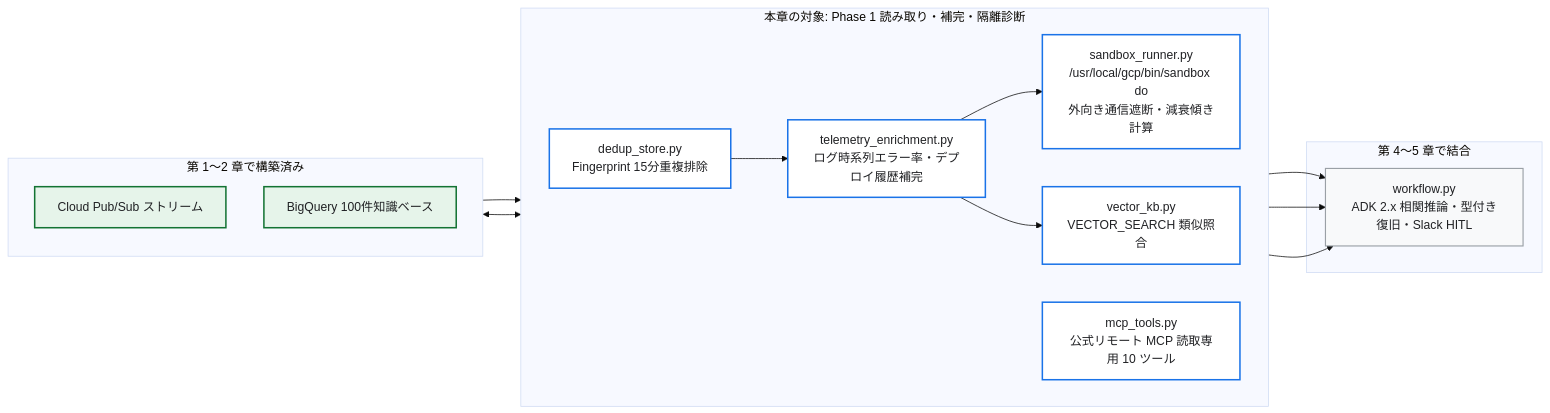
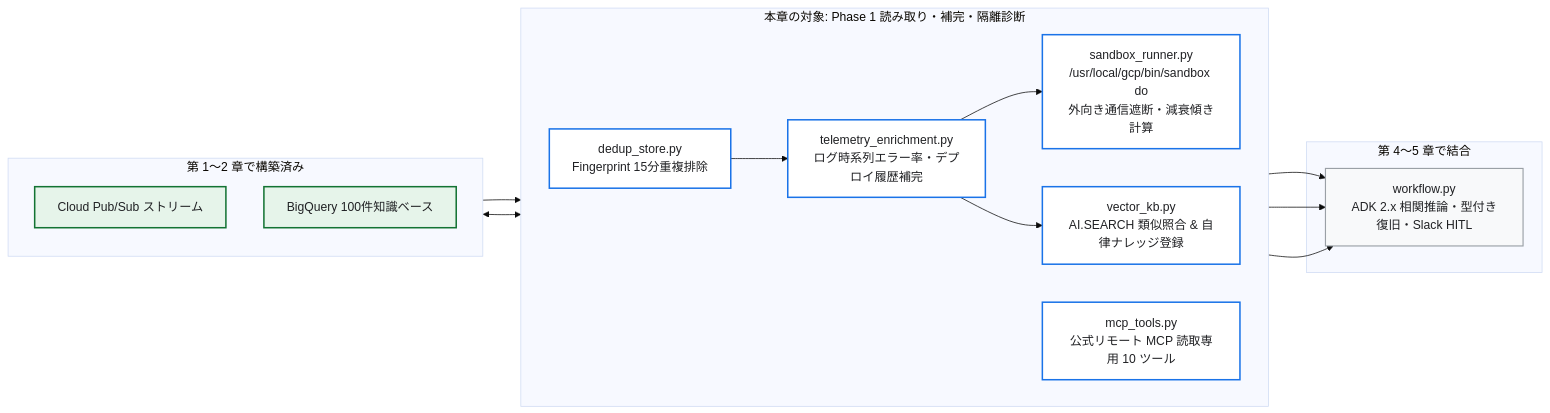
One commit to tyorikan/agentic-sre-handson changed the first of 2 diagrams in docs/03-diagnostic-agent-and-sandbox.md. Above: the diagram before and after it, drawn with Mermaid (base theme). The commit also changed other lines of this file and 34 other files, not shown here.

````diff
--- a/docs/03-diagnostic-agent-and-sandbox.md
+++ b/docs/03-diagnostic-agent-and-sandbox.md
@@ -17,33 +17,33 @@
 ```mermaid
 flowchart LR
     subgraph Prev["第 1〜2 章で構築済み"]
         direction TB
         PS["Cloud Pub/Sub ストリーム"]
         BQ["BigQuery 100件知識ベース"]
     end
 
     subgraph Now["本章の対象: Phase 1 読み取り・補完・隔離診断"]
         direction LR
         Dedup["dedup_store.py<br/>Fingerprint 15分重複排除"]
         Enrich["telemetry_enrichment.py<br/>ログ時系列エラー率・デプロイ履歴補完"]
         Sandbox["sandbox_runner.py<br/>/usr/local/gcp/bin/sandbox do<br/>外向き通信遮断・減衰傾き計算"]
-        Vec["vector_kb.py<br/>VECTOR_SEARCH 類似照合"]
+        Vec["vector_kb.py<br/>AI.SEARCH 類似照合 & 自律ナレッジ登録"]
         MCP["mcp_tools.py<br/>公式リモート MCP 読取専用 10 ツール"]
         Dedup --> Enrich --> Sandbox & Vec
     end
 
     subgraph Next["第 4〜5 章で結合"]
         WF["workflow.py<br/>ADK 2.x 相関推論・型付き復旧・Slack HITL"]
     end
 
     PS --> Dedup
     BQ <--> Vec
     Sandbox & Vec & MCP --> WF
 
     classDef done fill:#e6f4ea,stroke:#137333,stroke-width:2px,color:#202124;
     classDef cur fill:#ffffff,stroke:#1a73e8,stroke-width:2px,color:#202124;
     classDef fut fill:#f8f9fa,stroke:#9aa0a6,stroke-width:1.5px,color:#202124;
     class PS,BQ done;
     class Dedup,Enrich,Sandbox,Vec,MCP cur;
     class WF fut;
 ```
````
